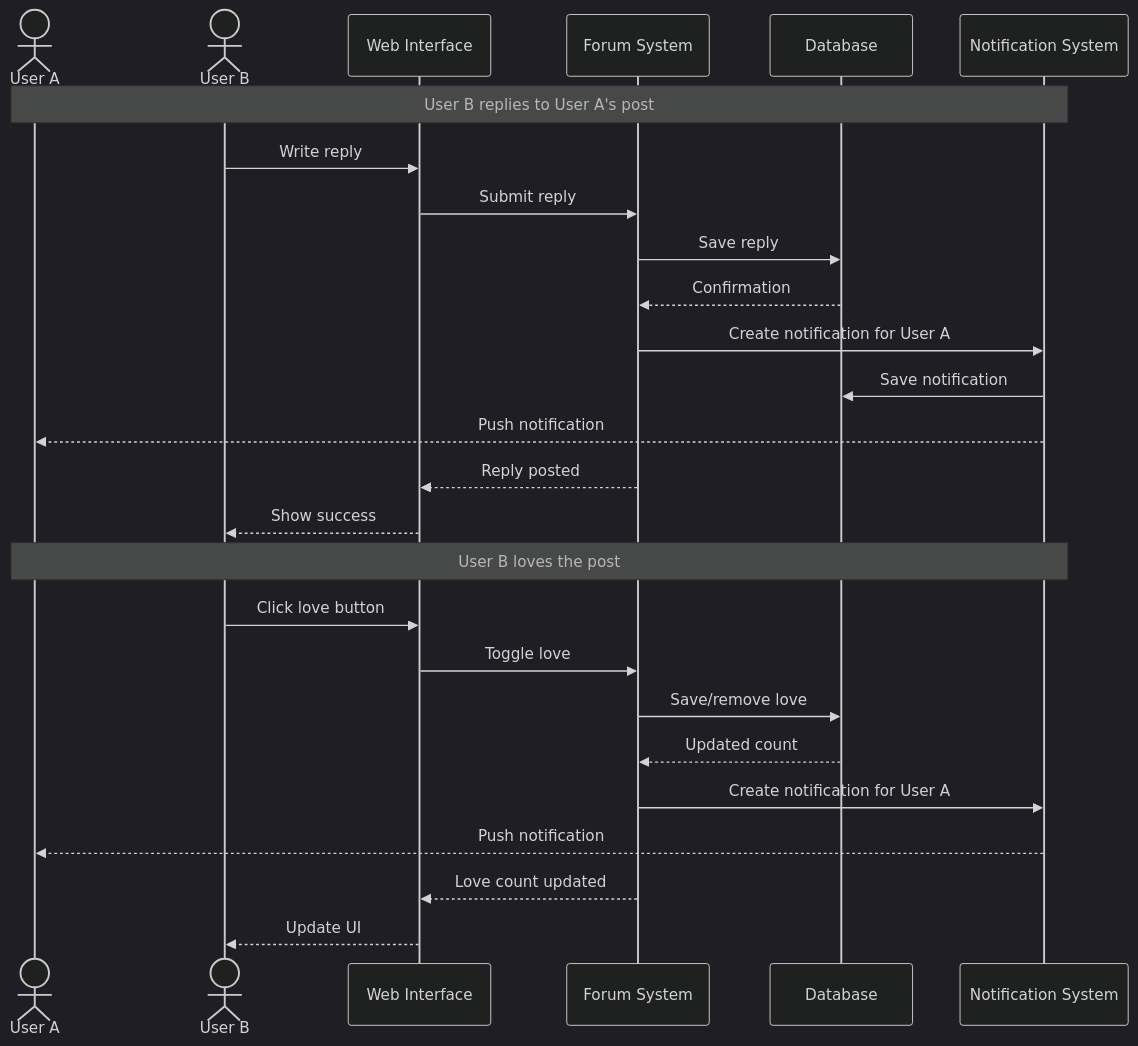
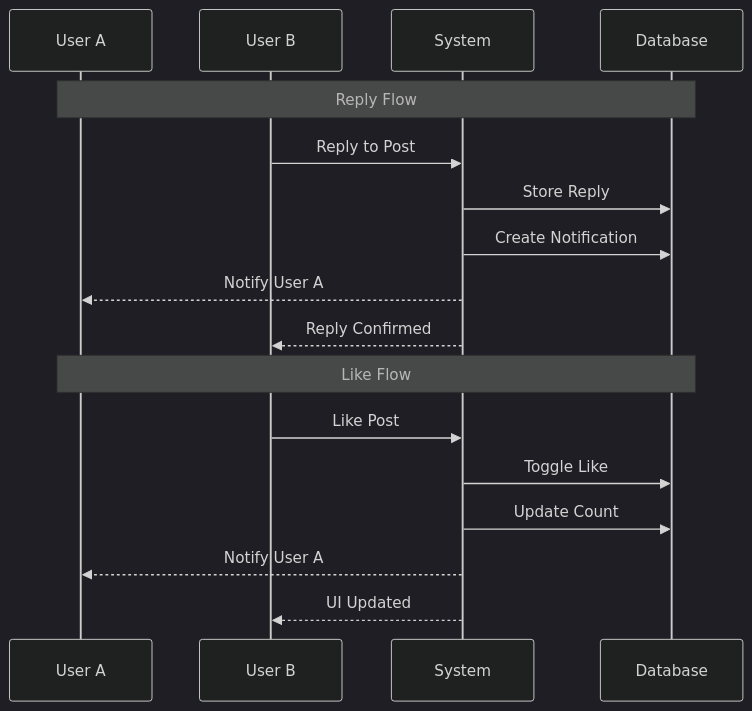
One commit to abdullah2323442/practice changed the tenth of 16 diagrams in system documentation.md. Above: the diagram before and after it, drawn with Mermaid (dark theme). The commit also changed other lines of this file, not shown here.

First line of the commit message:
Revise system documentation with updated diagrams

````diff
--- a/system documentation.md
+++ b/system documentation.md
@@ -492,34 +498,21 @@
 ```mermaid
 sequenceDiagram
-    actor UserA as User A
-    actor UserB as User B
-    participant Web as Web Interface
-    participant Forum as Forum System
+    participant U1 as User A
+    participant U2 as User B
+    participant S as System
     participant DB as Database
-    participant Notif as Notification System
     
-    Note over UserA,Notif: User B replies to User A's post
-    UserB->>Web: Write reply
-    Web->>Forum: Submit reply
-    Forum->>DB: Save reply
-    DB-->>Forum: Confirmation
+    Note over U1,DB: Reply Flow
+    U2->>S: Reply to Post
+    S->>DB: Store Reply
+    S->>DB: Create Notification
+    S-->>U1: Notify User A
+    S-->>U2: Reply Confirmed
     
-    Forum->>Notif: Create notification for User A
-    Notif->>DB: Save notification
-    Notif-->>UserA: Push notification
-    
-    Forum-->>Web: Reply posted
-    Web-->>UserB: Show success
-    
-    Note over UserA,Notif: User B loves the post
-    UserB->>Web: Click love button
-    Web->>Forum: Toggle love
-    Forum->>DB: Save/remove love
-    DB-->>Forum: Updated count
-    
-    Forum->>Notif: Create notification for User A
-    Notif-->>UserA: Push notification
-    
-    Forum-->>Web: Love count updated
-    Web-->>UserB: Update UI
+    Note over U1,DB: Like Flow
+    U2->>S: Like Post
+    S->>DB: Toggle Like
+    S->>DB: Update Count
+    S-->>U1: Notify User A
+    S-->>U2: UI Updated
 ```
````
